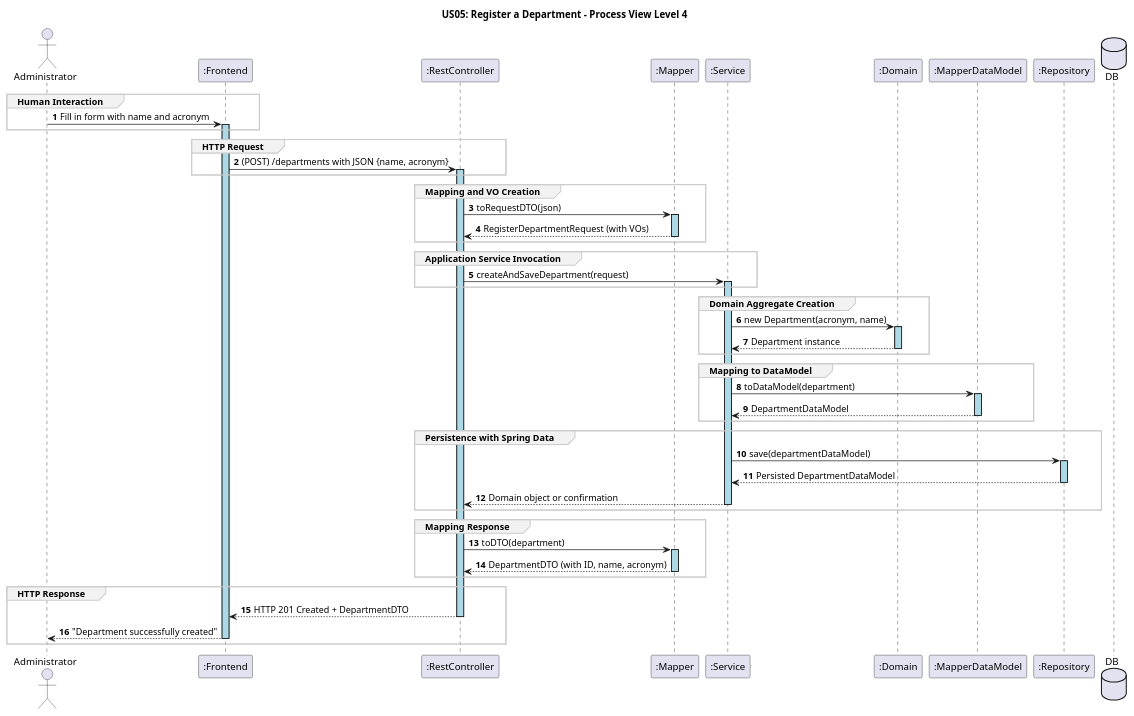
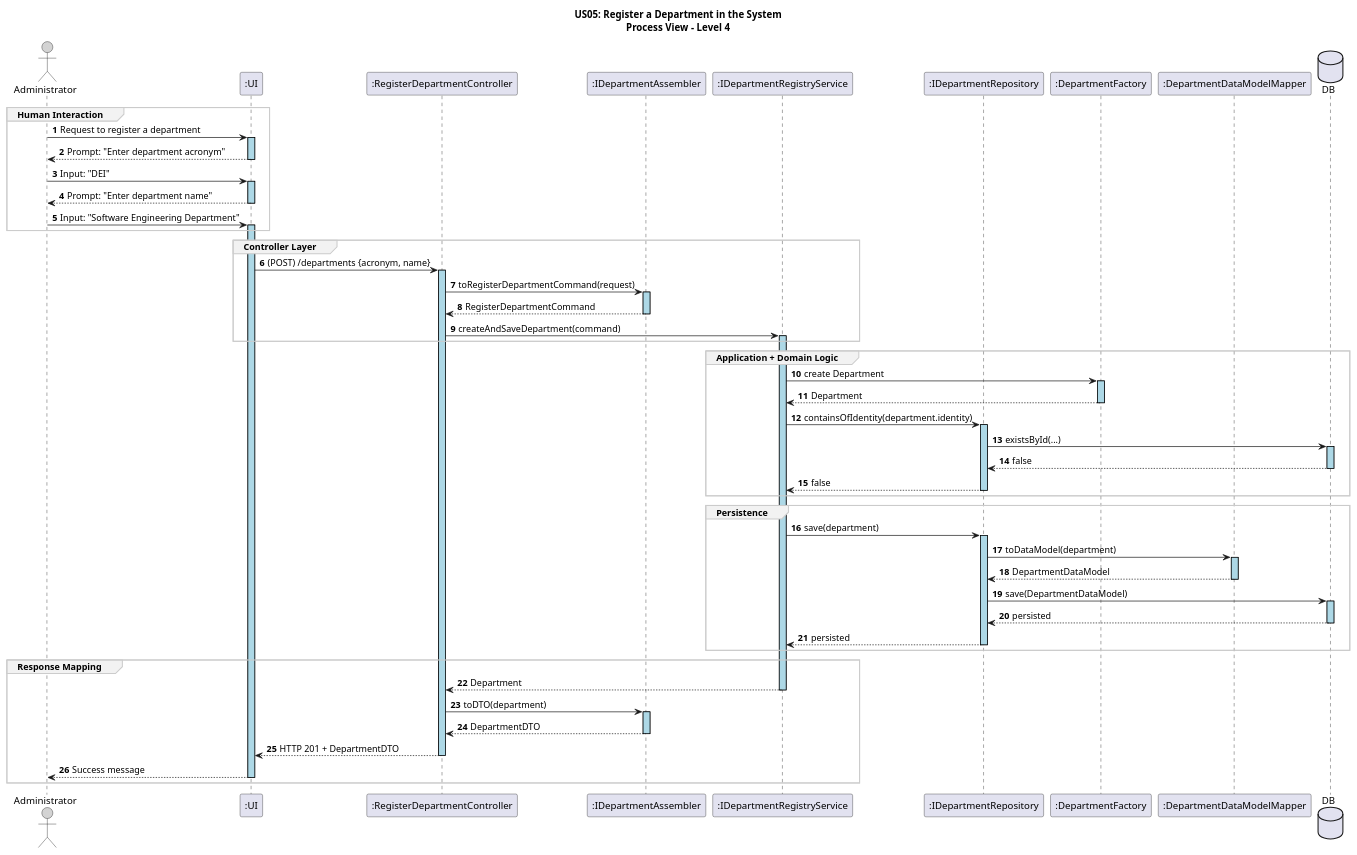
The diagram in docs/US05/sprint6_RestAPI/ProcessView/US05_RestAPI_ProcessView_Level4.puml (GasparISEP/DevOps-PAI), drawn with PlantUML before and after one commit. The commit also changed 2 other files, not shown here.

Commit message:
refactor: update DepartmentRegistration documentation (refs #500, refs #575)

```diff
--- a/docs/US05/sprint6_RestAPI/ProcessView/US05_RestAPI_ProcessView_Level4.puml
+++ b/docs/US05/sprint6_RestAPI/ProcessView/US05_RestAPI_ProcessView_Level4.puml
@@ -1,65 +1,66 @@
 @startuml
-skinparam SequenceGroupBackgroundColor #f2f2f2
-skinparam SequenceGroupBorderColor #cccccc
+
+title US05: Register a Department in the System\nProcess View – Level 4
+
 autonumber
-title US05: Register a Department - Process View Level 4
-
 skinparam sequence {
-   LifelineBorderColor black
-   LifelineBackgroundColor LightBlue
+    LifelineBorderColor black
+    LifelineBackgroundColor LightBlue
+    ActorBorderColor black
+    ActorBackgroundColor LightGray
+    GroupBorderColor #cccccc
+    GroupBackgroundColor #f2f2f2
 }
 
-actor ADM as "Administrator"
-participant ":Frontend" as FE
-participant ":RestController" as CT
-participant ":Mapper" as MP
-participant ":Service" as SE
-participant ":Domain" as DM
-participant ":MapperDataModel" as MDM
-participant ":Repository" as RE
-database DB
+actor "Administrator" as ADM
+participant ":UI" as UI
+participant ":RegisterDepartmentController" as Controller
+participant ":IDepartmentAssembler" as Assembler
+participant ":IDepartmentRegistryService" as Service
+participant ":IDepartmentRepository" as Repository
+participant ":DepartmentFactory" as Factory
+participant ":DepartmentDataModelMapper" as DataModelMapper
+database "DB" as SpringDataRepo
 
 group Human Interaction
-ADM -> FE ++: Fill in form with name and acronym
+ADM -> UI ++: Request to register a department
+UI --> ADM --: Prompt: "Enter department acronym"
+ADM -> UI ++: Input: "DEI"
+UI --> ADM --: Prompt: "Enter department name"
+ADM -> UI ++: Input: "Software Engineering Department"
 end group
 
-group HTTP Request
-FE -> CT ++: (POST) /departments with JSON {name, acronym}
+group Controller Layer
+UI -> Controller ++: (POST) /departments {acronym, name}
+Controller -> Assembler ++: toRegisterDepartmentCommand(request)
+Assembler --> Controller --: RegisterDepartmentCommand
+Controller -> Service ++: createAndSaveDepartment(command)
 end group
 
-group Mapping and VO Creation
-CT -> MP ++: toRequestDTO(json)
-MP --> CT --: RegisterDepartmentRequest (with VOs)
+group Application + Domain Logic
+Service -> Factory ++: create Department
+Factory --> Service --: Department
+Service -> Repository ++: containsOfIdentity(department.identity)
+Repository -> SpringDataRepo ++: existsById(...)
+SpringDataRepo --> Repository --: false
+Repository --> Service --: false
 end group
 
-group Application Service Invocation
-CT -> SE ++: createAndSaveDepartment(request)
+group Persistence
+Service -> Repository ++: save(department)
+Repository -> DataModelMapper ++: toDataModel(department)
+DataModelMapper --> Repository --: DepartmentDataModel
+Repository -> SpringDataRepo ++: save(DepartmentDataModel)
+SpringDataRepo --> Repository --: persisted
+Repository --> Service --: persisted
 end group
 
-group Domain Aggregate Creation
-SE -> DM ++: new Department(acronym, name)
-DM --> SE --: Department instance
-end group
-
-group Mapping to DataModel
-SE -> MDM ++: toDataModel(department)
-MDM --> SE --: DepartmentDataModel
-end group
-
-group Persistence with Spring Data
-SE -> RE ++: save(departmentDataModel)
-RE --> SE --: Persisted DepartmentDataModel
-SE --> CT --: Domain object or confirmation
-end group
-
-group Mapping Response
-CT -> MP ++: toDTO(department)
-MP --> CT --: DepartmentDTO (with ID, name, acronym)
-end group
-
-group HTTP Response
-CT --> FE --: HTTP 201 Created + DepartmentDTO
-FE --> ADM --: "Department successfully created"
+group Response Mapping
+Service --> Controller --: Department
+Controller -> Assembler ++: toDTO(department)
+Assembler --> Controller --: DepartmentDTO
+Controller --> UI --: HTTP 201 + DepartmentDTO
+UI --> ADM --: Success message
 end group
 
 @enduml
```
